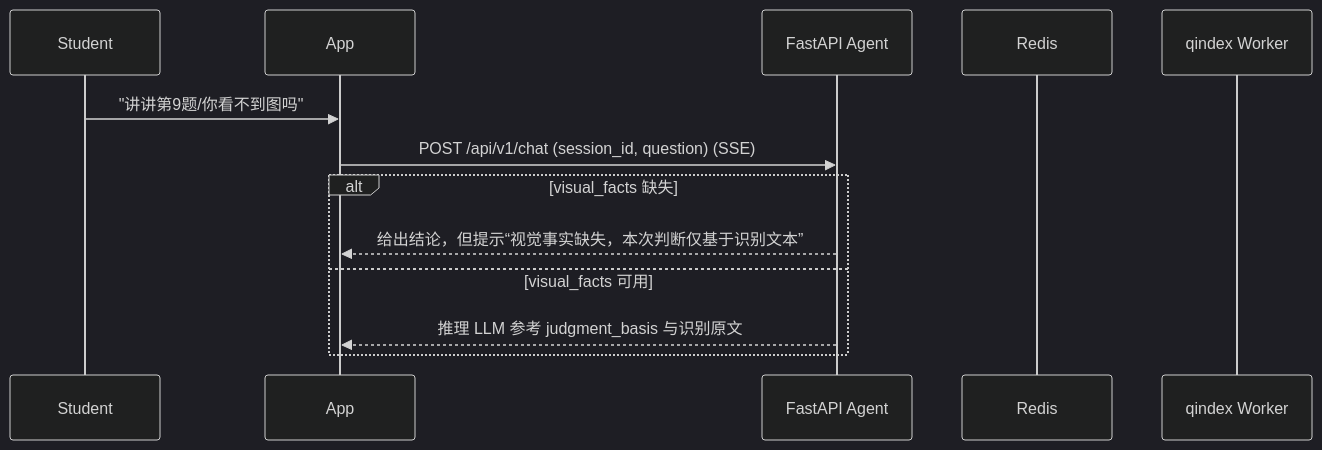
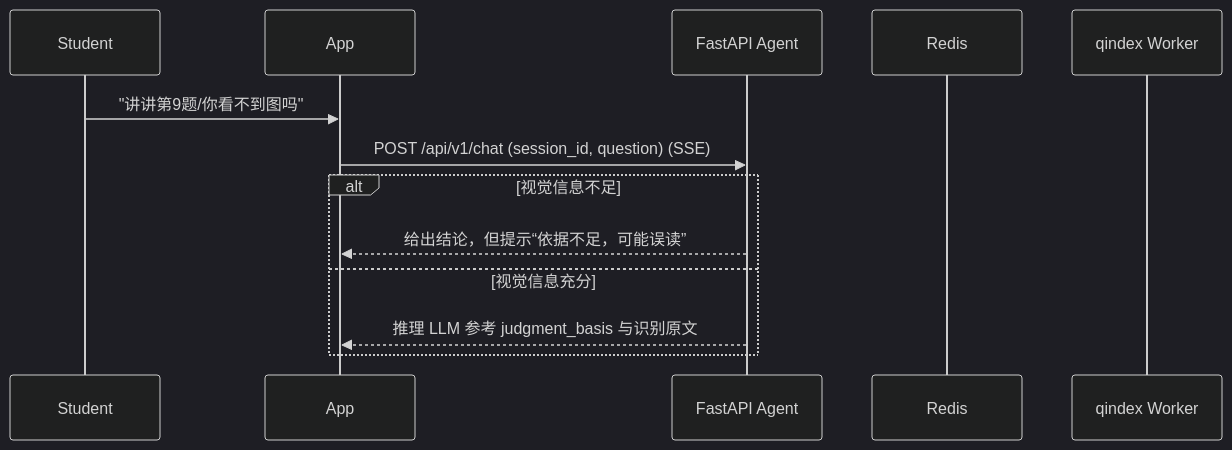
The third of 3 diagrams in system_architecture.md (frank28mm/noteacher), drawn with Mermaid (dark theme) before and after one commit. The commit also changed other lines of this file and 45 other files, not shown here.

````diff
--- a/system_architecture.md
+++ b/system_architecture.md
@@ -89,17 +89,17 @@
 ```mermaid
 sequenceDiagram
     participant Student
     participant App
     participant API as FastAPI Agent
     participant Redis as Redis
     participant Worker as qindex Worker
 
     Student->>App: "讲讲第9题/你看不到图吗"
     App->>API: POST /api/v1/chat (session_id, question)  (SSE)
 
-    alt visual_facts 缺失
-        API-->>App: 给出结论，但提示“视觉事实缺失，本次判断仅基于识别文本”
-    else visual_facts 可用
+    alt 视觉信息不足
+        API-->>App: 给出结论，但提示“依据不足，可能误读”
+    else 视觉信息充分
         API-->>App: 推理 LLM 参考 judgment_basis 与识别原文
     end
 ```
````
